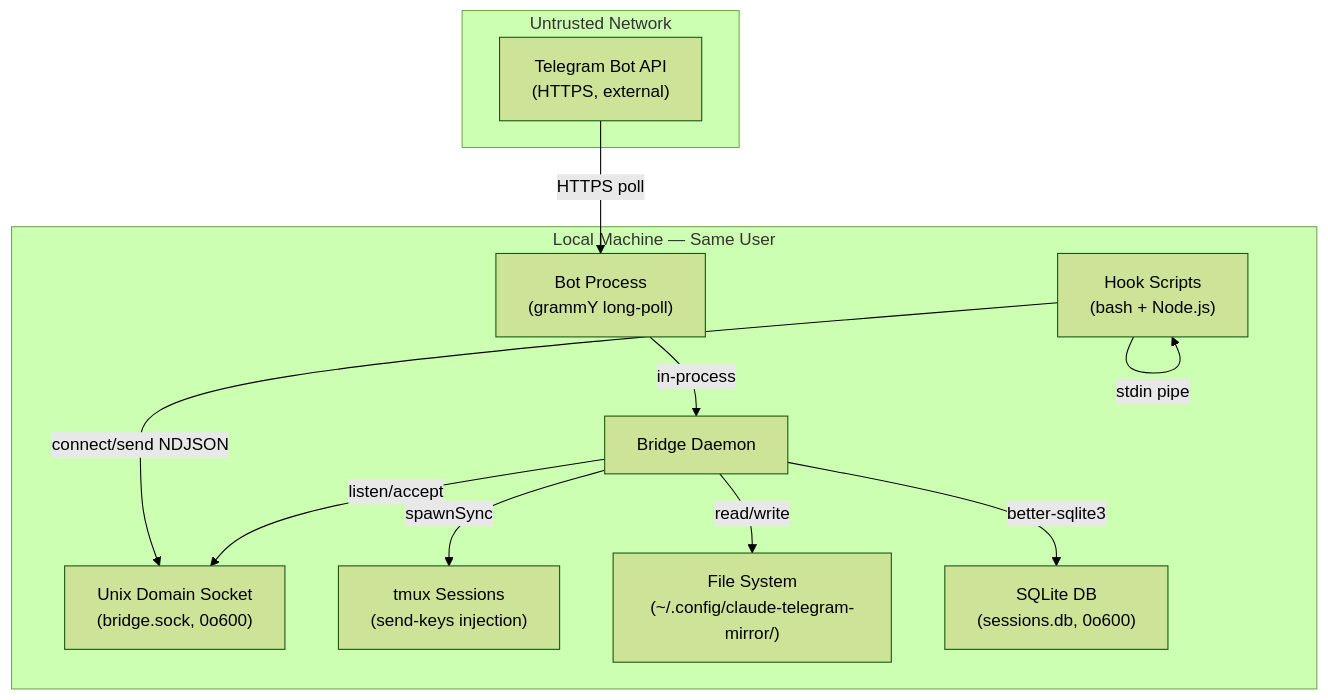
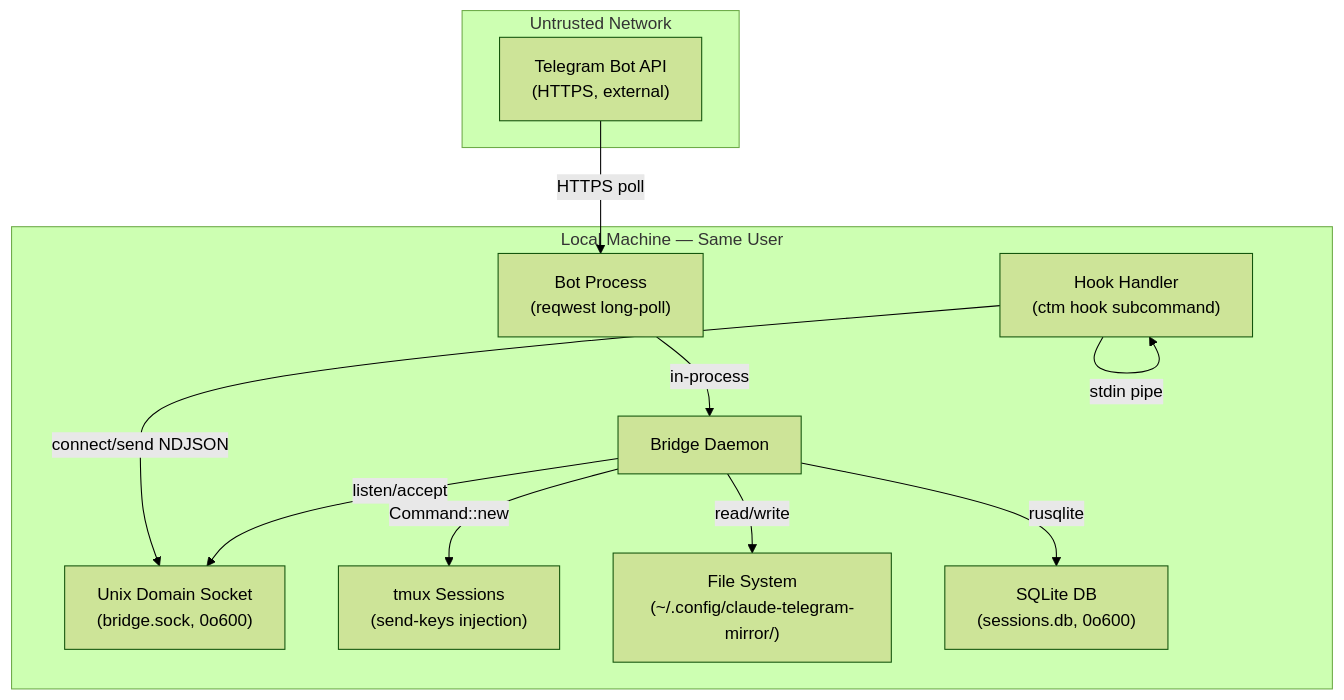
Before and after one commit to robertelee78/claude-telegram-mirror: the diagram in SECURITY.md, drawn with Mermaid (forest theme). The commit also changed other lines of this file and 26 other files, not shown here.

````diff
--- a/SECURITY.md
+++ b/SECURITY.md
@@ -8,25 +8,25 @@
 ```mermaid
 graph TB
     subgraph "Untrusted Network"
         TG["Telegram Bot API<br/>(HTTPS, external)"]
     end
 
     subgraph "Local Machine — Same User"
-        BOT["Bot Process<br/>(grammY long-poll)"]
+        BOT["Bot Process<br/>(reqwest long-poll)"]
         DAEMON["Bridge Daemon"]
         SOCK["Unix Domain Socket<br/>(bridge.sock, 0o600)"]
-        HOOKS["Hook Scripts<br/>(bash + Node.js)"]
+        HOOKS["Hook Handler<br/>(ctm hook subcommand)"]
         TMUX["tmux Sessions<br/>(send-keys injection)"]
         FS["File System<br/>(~/.config/claude-telegram-mirror/)"]
         DB["SQLite DB<br/>(sessions.db, 0o600)"]
     end
 
     TG -- "HTTPS poll" --> BOT
     BOT -- "in-process" --> DAEMON
     DAEMON -- "listen/accept" --> SOCK
     HOOKS -- "connect/send NDJSON" --> SOCK
-    DAEMON -- "spawnSync" --> TMUX
+    DAEMON -- "Command::new" --> TMUX
     DAEMON -- "read/write" --> FS
-    DAEMON -- "better-sqlite3" --> DB
+    DAEMON -- "rusqlite" --> DB
     HOOKS -- "stdin pipe" --> HOOKS
 ```
````
